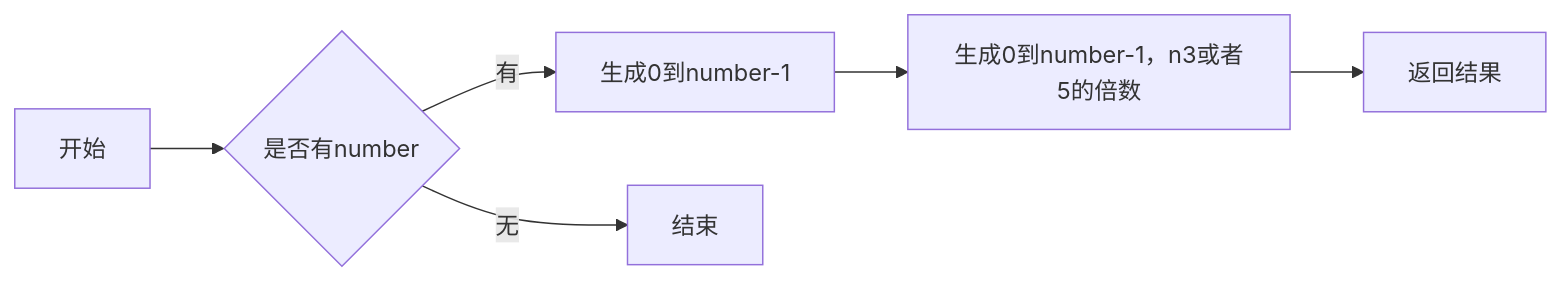
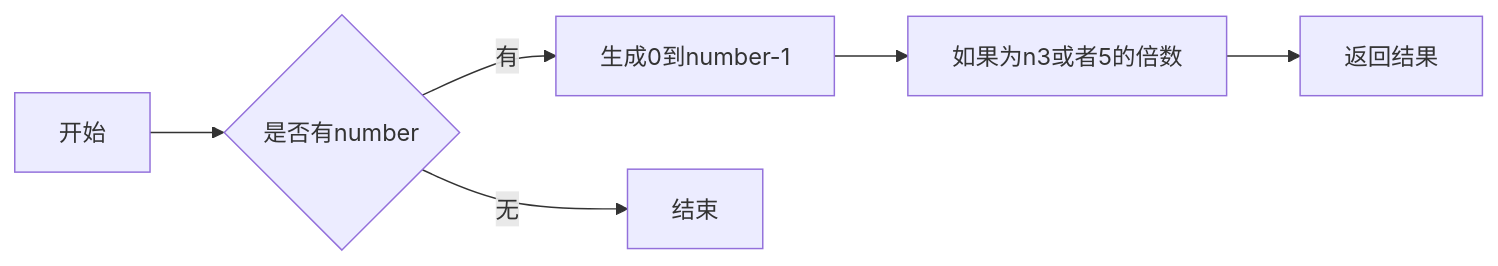
One commit to shixiaoxiya/py_course_zly_ changed the second of 6 diagrams in Experiments/experiment3.md. Above: the diagram before and after it, drawn with Mermaid.

````diff
--- a/Experiments/experiment3.md
+++ b/Experiments/experiment3.md
@@ -1255,8 +1255,8 @@
 ```mermaid
 graph LR
 A[开始] --> B{是否有number}
 B --> |有| C[生成0到number-1]
-C --> D[生成0到number-1，n3或者5的倍数]
+C --> D[如果为n3或者5的倍数]
 D --> E[返回结果]
 B --> |无| F[结束]
 ```
````
